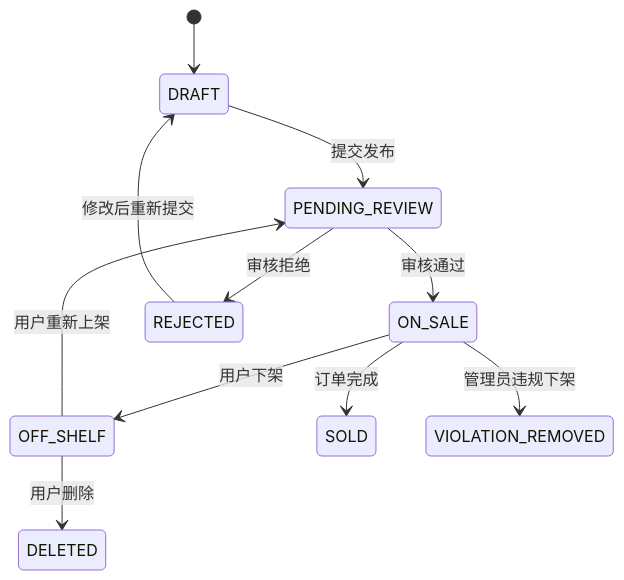
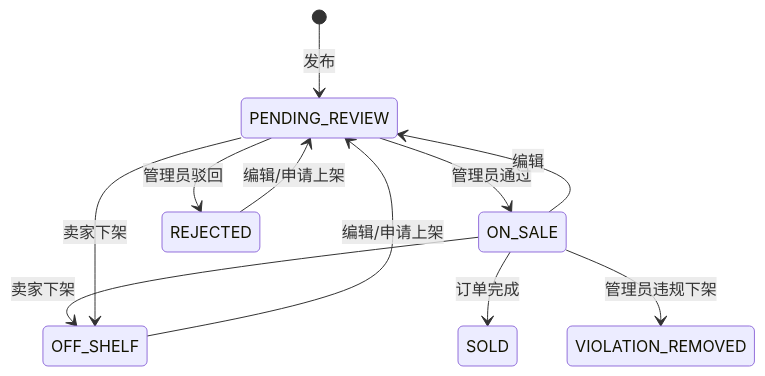
Before and after one commit to Falcons-Vs-Va-Bro/ecocampus: the first of 2 diagrams in docs/rbac.md, drawn with Mermaid. The commit also changed other lines of this file and 12 other files, not shown here.

Commit message:
Refactor UI flows and project docs

````diff
--- a/docs/rbac.md
+++ b/docs/rbac.md
@@ -79,13 +88,13 @@
 ```mermaid
 stateDiagram-v2
-  [*] --> DRAFT
-  DRAFT --> PENDING_REVIEW: 提交发布
-  PENDING_REVIEW --> ON_SALE: 审核通过
-  PENDING_REVIEW --> REJECTED: 审核拒绝
-  REJECTED --> DRAFT: 修改后重新提交
-  ON_SALE --> OFF_SHELF: 用户下架
-  OFF_SHELF --> PENDING_REVIEW: 用户重新上架
+  [*] --> PENDING_REVIEW: 发布
+  PENDING_REVIEW --> ON_SALE: 管理员通过
+  PENDING_REVIEW --> REJECTED: 管理员驳回
+  ON_SALE --> PENDING_REVIEW: 编辑
+  REJECTED --> PENDING_REVIEW: 编辑/申请上架
+  OFF_SHELF --> PENDING_REVIEW: 编辑/申请上架
+  ON_SALE --> OFF_SHELF: 卖家下架
+  PENDING_REVIEW --> OFF_SHELF: 卖家下架
   ON_SALE --> SOLD: 订单完成
   ON_SALE --> VIOLATION_REMOVED: 管理员违规下架
-  OFF_SHELF --> DELETED: 用户删除
 ```
````
